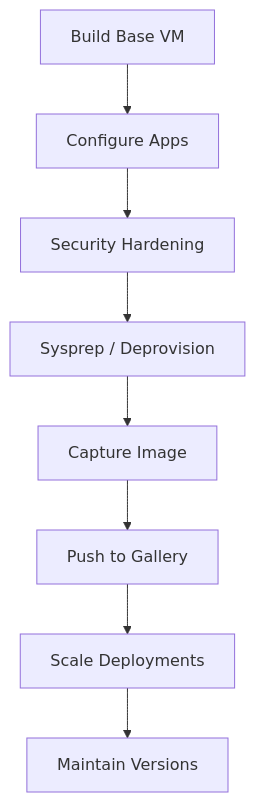
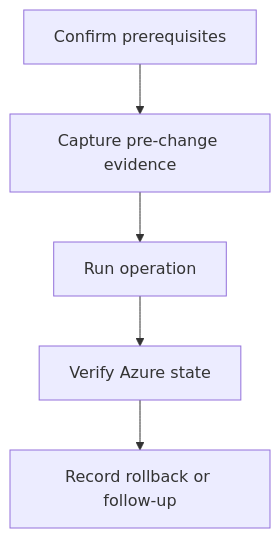
The diagram in docs/operations/snapshots-and-images.md (yeongseon/azure-virtual-machine-practical-guide), drawn with Mermaid before and after one commit. The commit also changed other lines of this file and 79 other files, not shown here.

````diff
--- a/docs/operations/snapshots-and-images.md
+++ b/docs/operations/snapshots-and-images.md
@@ -30,10 +43,7 @@
 ```mermaid
-graph TD
-    A[Build Base VM] --> B[Configure Apps]
-    B --> C[Security Hardening]
-    C --> D[Sysprep / Deprovision]
-    D --> E[Capture Image]
-    E --> F[Push to Gallery]
-    F --> G[Scale Deployments]
-    G --> H[Maintain Versions]
+flowchart TD
+    A[Confirm prerequisites] --> B[Capture pre-change evidence]
+    B --> C[Run operation]
+    C --> D[Verify Azure state]
+    D --> E[Record rollback or follow-up]
 ```
````
